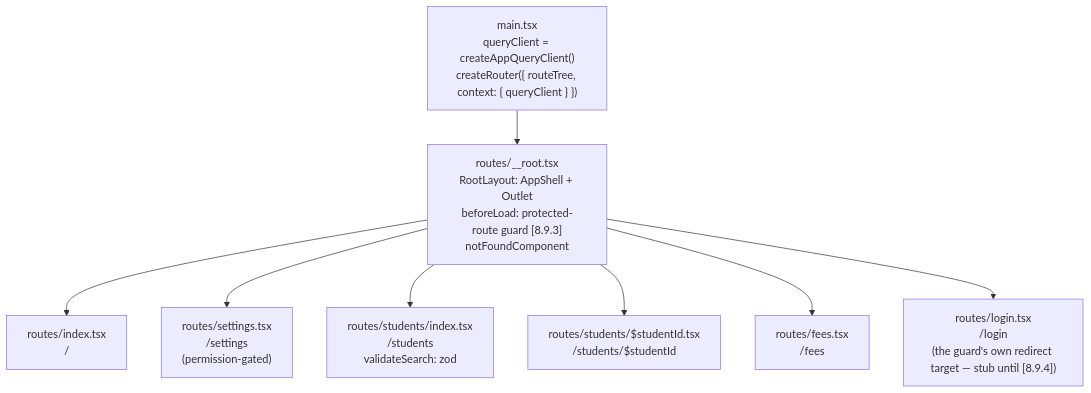
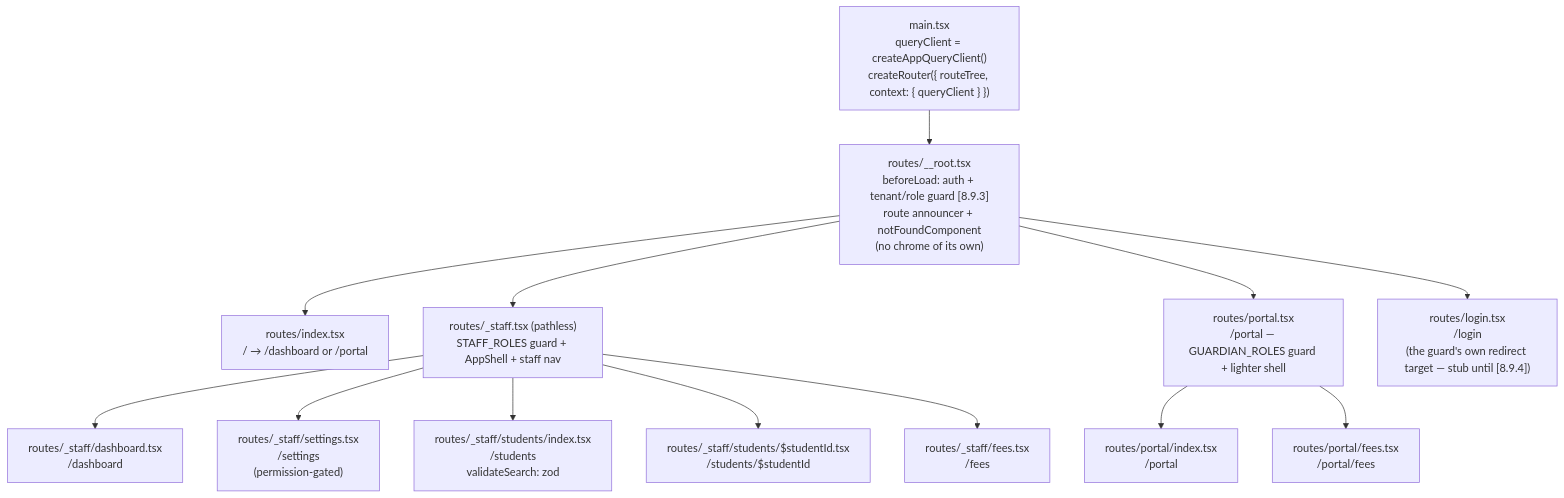
Before and after one commit to tareq89/biddaloy: the third of 3 diagrams in docs/architecture/06-frontend-architecture.md, drawn with Mermaid. The commit also changed other lines of this file and 73 other files, not shown here.

````diff
--- a/docs/architecture/06-frontend-architecture.md
+++ b/docs/architecture/06-frontend-architecture.md
@@ -102,19 +144,29 @@
 ```mermaid
 flowchart TB
     MAIN["main.tsx\nqueryClient = createAppQueryClient()\ncreateRouter({ routeTree, context: { queryClient } })"]
-    ROOT["routes/__root.tsx\nRootLayout: AppShell + Outlet\nbeforeLoad: protected-route guard [8.9.3]\nnotFoundComponent"]
-    IDX["routes/index.tsx\n/"]
-    SETTINGS["routes/settings.tsx\n/settings\n(permission-gated)"]
-    STUDENTS["routes/students/index.tsx\n/students\nvalidateSearch: zod"]
-    STUDENT["routes/students/$studentId.tsx\n/students/$studentId"]
-    FEES["routes/fees.tsx\n/fees"]
+    ROOT["routes/__root.tsx\nbeforeLoad: auth + tenant/role guard [8.9.3]\nroute announcer + notFoundComponent\n(no chrome of its own)"]
+    IDX["routes/index.tsx\n/ → /dashboard or /portal"]
+    STAFF["routes/_staff.tsx (pathless)\nSTAFF_ROLES guard + AppShell + staff nav"]
+    PORTAL["routes/portal.tsx\n/portal — GUARDIAN_ROLES guard + lighter shell"]
+    DASH["routes/_staff/dashboard.tsx\n/dashboard"]
+    SETTINGS["routes/_staff/settings.tsx\n/settings\n(permission-gated)"]
+    STUDENTS["routes/_staff/students/index.tsx\n/students\nvalidateSearch: zod"]
+    STUDENT["routes/_staff/students/$studentId.tsx\n/students/$studentId"]
+    FEES["routes/_staff/fees.tsx\n/fees"]
+    PIDX["routes/portal/index.tsx\n/portal"]
+    PFEES["routes/portal/fees.tsx\n/portal/fees"]
     LOGIN["routes/login.tsx\n/login\n(the guard's own redirect target — stub until [8.9.4])"]
 
     MAIN --> ROOT
     ROOT --> IDX
-    ROOT --> SETTINGS
-    ROOT --> STUDENTS
-    ROOT --> STUDENT
-    ROOT --> FEES
     ROOT --> LOGIN
+    ROOT --> STAFF
+    ROOT --> PORTAL
+    STAFF --> DASH
+    STAFF --> SETTINGS
+    STAFF --> STUDENTS
+    STAFF --> STUDENT
+    STAFF --> FEES
+    PORTAL --> PIDX
+    PORTAL --> PFEES
 ```
````
